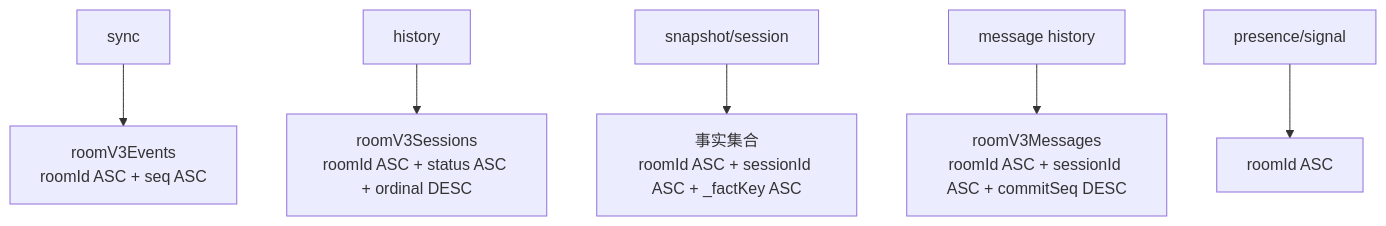
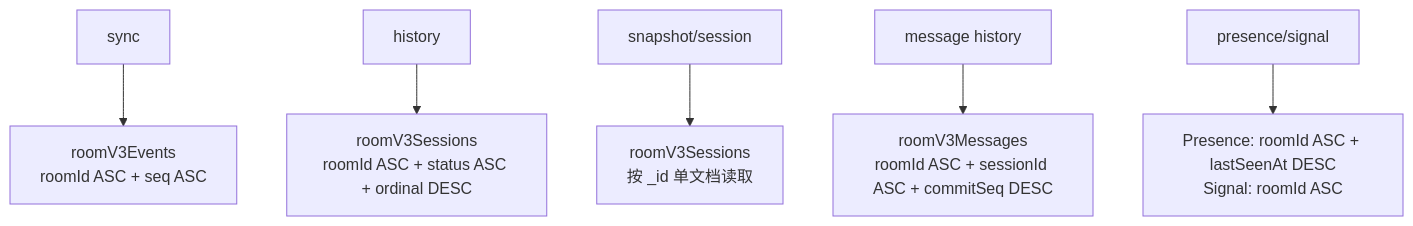
One commit to Bubble-419/cardboard-miniprogram changed the third of 7 diagrams in docs/ROOM_PROTOCOL_V3_DEPLOYMENT.md. Above: the diagram before and after it, drawn with Mermaid. The commit also changed other lines of this file and 37 other files, not shown here.

Commit message:
refactor: fan out actor events and compact room sessions

````diff
--- a/docs/ROOM_PROTOCOL_V3_DEPLOYMENT.md
+++ b/docs/ROOM_PROTOCOL_V3_DEPLOYMENT.md
@@ -70,8 +64,8 @@
 ```mermaid
 flowchart TB
   SYNC[sync] --> EIDX[roomV3Events<br/>roomId ASC + seq ASC]
   HISTORY[history] --> SIDX[roomV3Sessions<br/>roomId ASC + status ASC + ordinal DESC]
-  SNAPSHOT[snapshot/session] --> FIDX[事实集合<br/>roomId ASC + sessionId ASC + _factKey ASC]
+  SNAPSHOT[snapshot/session] --> SDOC[roomV3Sessions<br/>按 _id 单文档读取]
   MSG[message history] --> MIDX[roomV3Messages<br/>roomId ASC + sessionId ASC + commitSeq DESC]
-  EPHEMERAL[presence/signal] --> PIDX[roomId ASC]
+  EPHEMERAL[presence/signal] --> PIDX[Presence: roomId ASC + lastSeenAt DESC<br/>Signal: roomId ASC]
 ```
````
